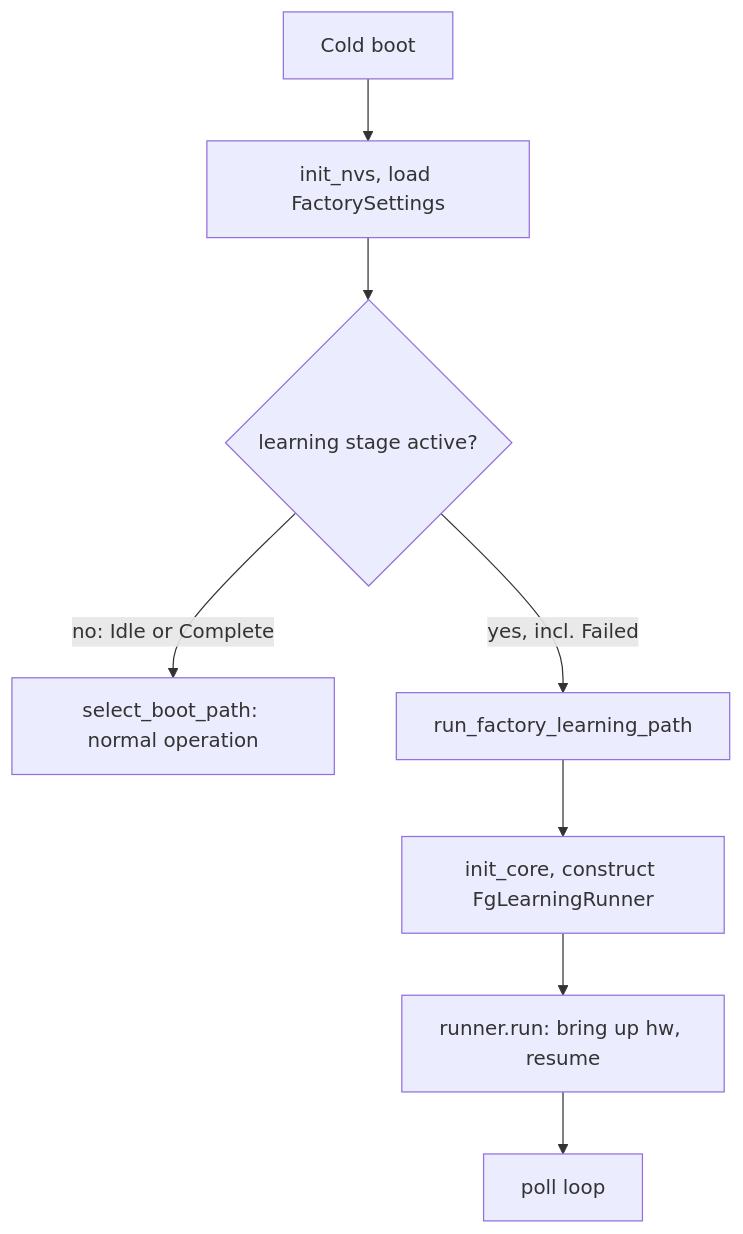
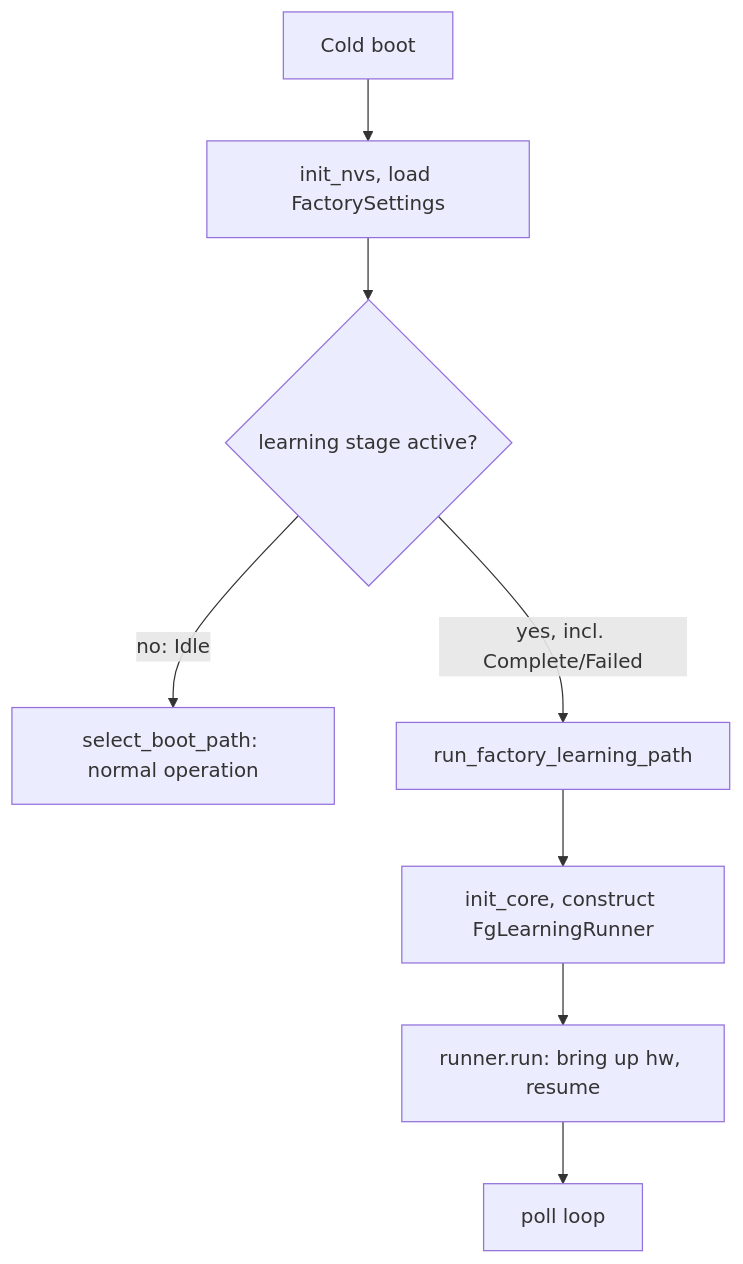
Before and after one commit to mattMRBH/firmware-core: the second of 3 diagrams in products/go/docs/fg_learning.md, drawn with Mermaid. The commit also changed other lines of this file and 7 other files, not shown here.

First line of the commit message:
feat(go): make FG-learning terminals sticky until BOOT press

````diff
--- a/products/go/docs/fg_learning.md
+++ b/products/go/docs/fg_learning.md
@@ -219,10 +220,10 @@
 ```mermaid
 flowchart TD
     A[Cold boot] --> B[init_nvs, load FactorySettings]
     B --> C{learning stage active?}
-    C -->|no: Idle or Complete| D[select_boot_path: normal operation]
-    C -->|yes, incl. Failed| E[run_factory_learning_path]
+    C -->|no: Idle| D[select_boot_path: normal operation]
+    C -->|yes, incl. Complete/Failed| E[run_factory_learning_path]
     E --> F[init_core, construct FgLearningRunner]
     F --> G[runner.run: bring up hw, resume]
     G --> H[poll loop]
 ```
````
